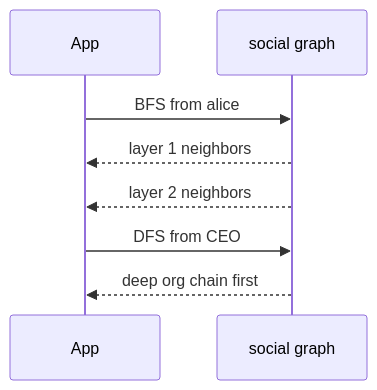
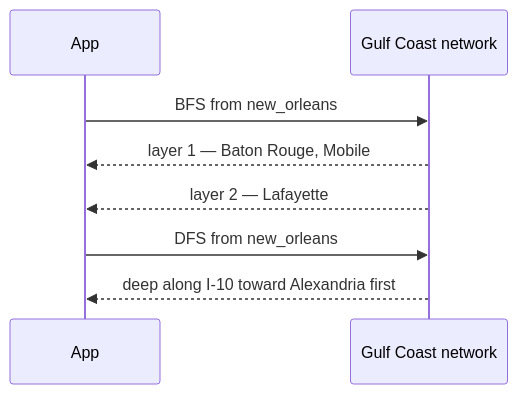
Diagram 11 of 12 in docs/dsa/data-structures/graphs/index.md (qgjones9/python-programming-guide), drawn with Mermaid before and after one commit. The commit also changed other lines of this file and 18 other files, not shown here.

````diff
--- a/docs/dsa/data-structures/graphs/index.md
+++ b/docs/dsa/data-structures/graphs/index.md
@@ -322,10 +588,10 @@
 ```mermaid
 sequenceDiagram
  participant App
- participant G as social graph
- App->>G: BFS from alice
- G-->>App: layer 1 neighbors
- G-->>App: layer 2 neighbors
- App->>G: DFS from CEO
- G-->>App: deep org chain first
+ participant G as Gulf Coast network
+ App->>G: BFS from new_orleans
+ G-->>App: layer 1 — Baton Rouge, Mobile
+ G-->>App: layer 2 — Lafayette
+ App->>G: DFS from new_orleans
+ G-->>App: deep along I-10 toward Alexandria first
 ```
````
